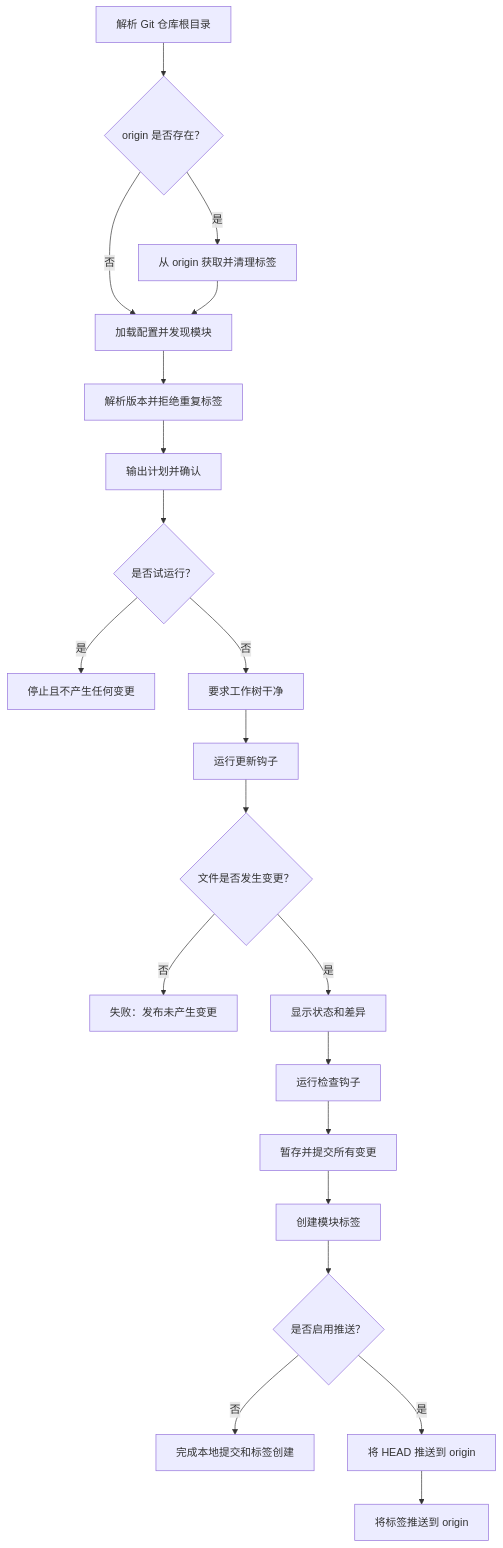
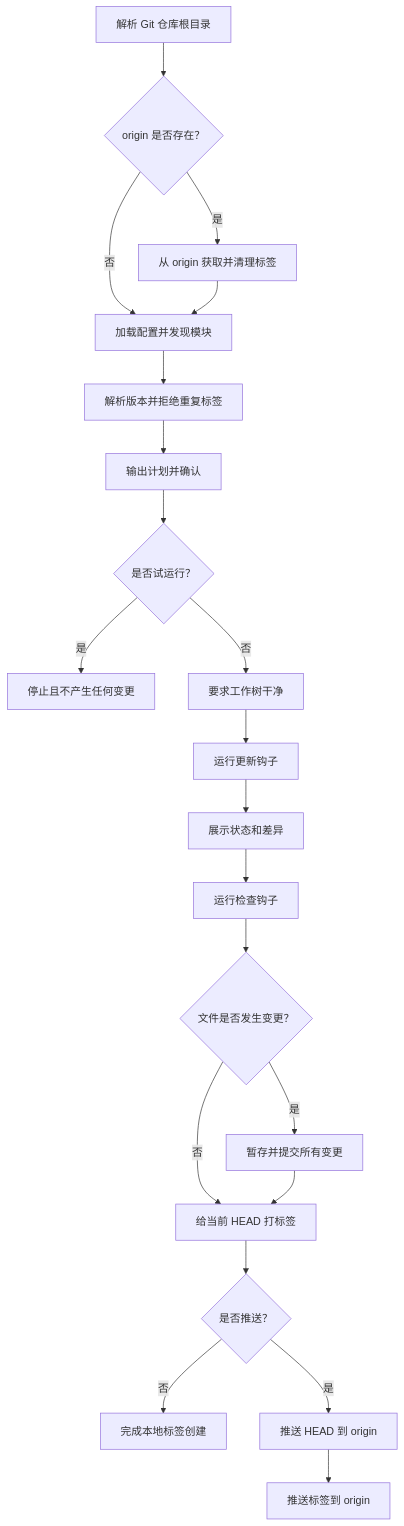
Before and after one commit to win5do/modrel: the diagram in README.zh-CN.md, drawn with Mermaid. The commit also changed other lines of this file and 3 other files, not shown here.

````diff
--- a/README.zh-CN.md
+++ b/README.zh-CN.md
@@ -148,23 +148,23 @@
 ```mermaid
 flowchart TD
     A[解析 Git 仓库根目录] --> B{origin 是否存在？}
     B -- 是 --> C[从 origin 获取并清理标签]
     B -- 否 --> D[加载配置并发现模块]
     C --> D
     D --> E[解析版本并拒绝重复标签]
     E --> F[输出计划并确认]
     F --> G{是否试运行？}
     G -- 是 --> H[停止且不产生任何变更]
     G -- 否 --> I[要求工作树干净]
     I --> J[运行更新钩子]
-    J --> K{文件是否发生变更？}
-    K -- 否 --> L[失败：发布未产生变更]
-    K -- 是 --> M[显示状态和差异]
+    J --> M[展示状态和差异]
     M --> N[运行检查钩子]
-    N --> O[暂存并提交所有变更]
-    O --> P[创建模块标签]
-    P --> Q{是否启用推送？}
-    Q -- 否 --> R[完成本地提交和标签创建]
-    Q -- 是 --> S[将 HEAD 推送到 origin]
-    S --> T[将标签推送到 origin]
+    N --> K{文件是否发生变更？}
+    K -- 是 --> O[暂存并提交所有变更]
+    K -- 否 --> P[给当前 HEAD 打标签]
+    O --> P
+    P --> Q{是否推送？}
+    Q -- 否 --> R[完成本地标签创建]
+    Q -- 是 --> S[推送 HEAD 到 origin]
+    S --> T[推送标签到 origin]
 ```
````
